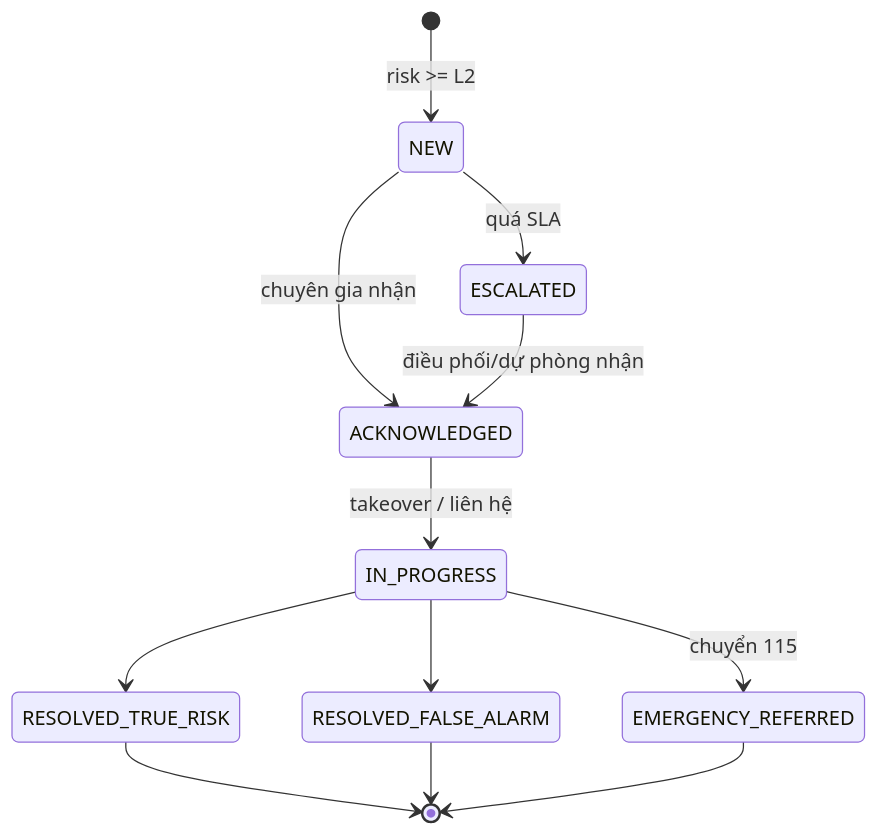
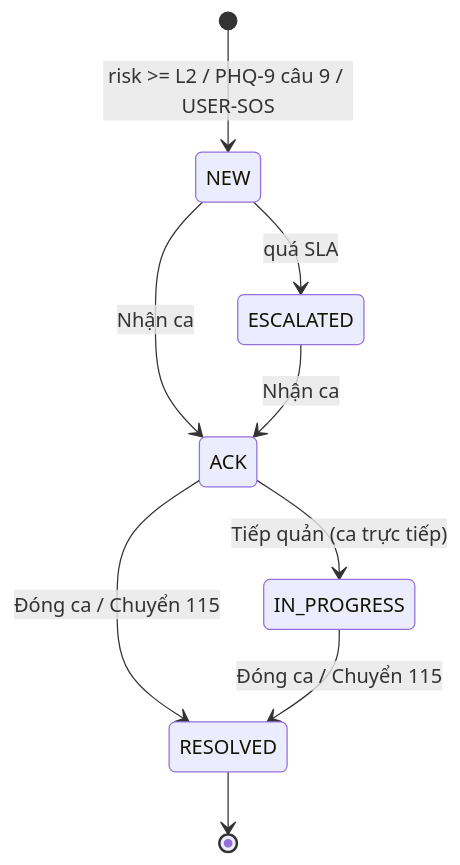
Before and after one commit to Quangvu256/demo-buildphase: the sixth of 6 diagrams in docs/03-WIREFRAME-UI-FLOW.md, drawn with Mermaid. The commit also changed other lines of this file and 2 other files, not shown here.

````diff
--- a/docs/03-WIREFRAME-UI-FLOW.md
+++ b/docs/03-WIREFRAME-UI-FLOW.md
@@ -393,14 +537,11 @@
 ```mermaid
 stateDiagram-v2
-  [*] --> NEW: risk >= L2
-  NEW --> ACKNOWLEDGED: chuyên gia nhận
+  [*] --> NEW: risk >= L2 / PHQ-9 câu 9 / USER-SOS
   NEW --> ESCALATED: quá SLA
-  ESCALATED --> ACKNOWLEDGED: điều phối/dự phòng nhận
-  ACKNOWLEDGED --> IN_PROGRESS: takeover / liên hệ
-  IN_PROGRESS --> RESOLVED_TRUE_RISK
-  IN_PROGRESS --> RESOLVED_FALSE_ALARM
-  IN_PROGRESS --> EMERGENCY_REFERRED: chuyển 115
-  RESOLVED_TRUE_RISK --> [*]
-  RESOLVED_FALSE_ALARM --> [*]
-  EMERGENCY_REFERRED --> [*]
+  NEW --> ACK: Nhận ca
+  ESCALATED --> ACK: Nhận ca
+  ACK --> IN_PROGRESS: Tiếp quản (ca trực tiếp)
+  ACK --> RESOLVED: Đóng ca / Chuyển 115
+  IN_PROGRESS --> RESOLVED: Đóng ca / Chuyển 115
+  RESOLVED --> [*]
 ```
````
